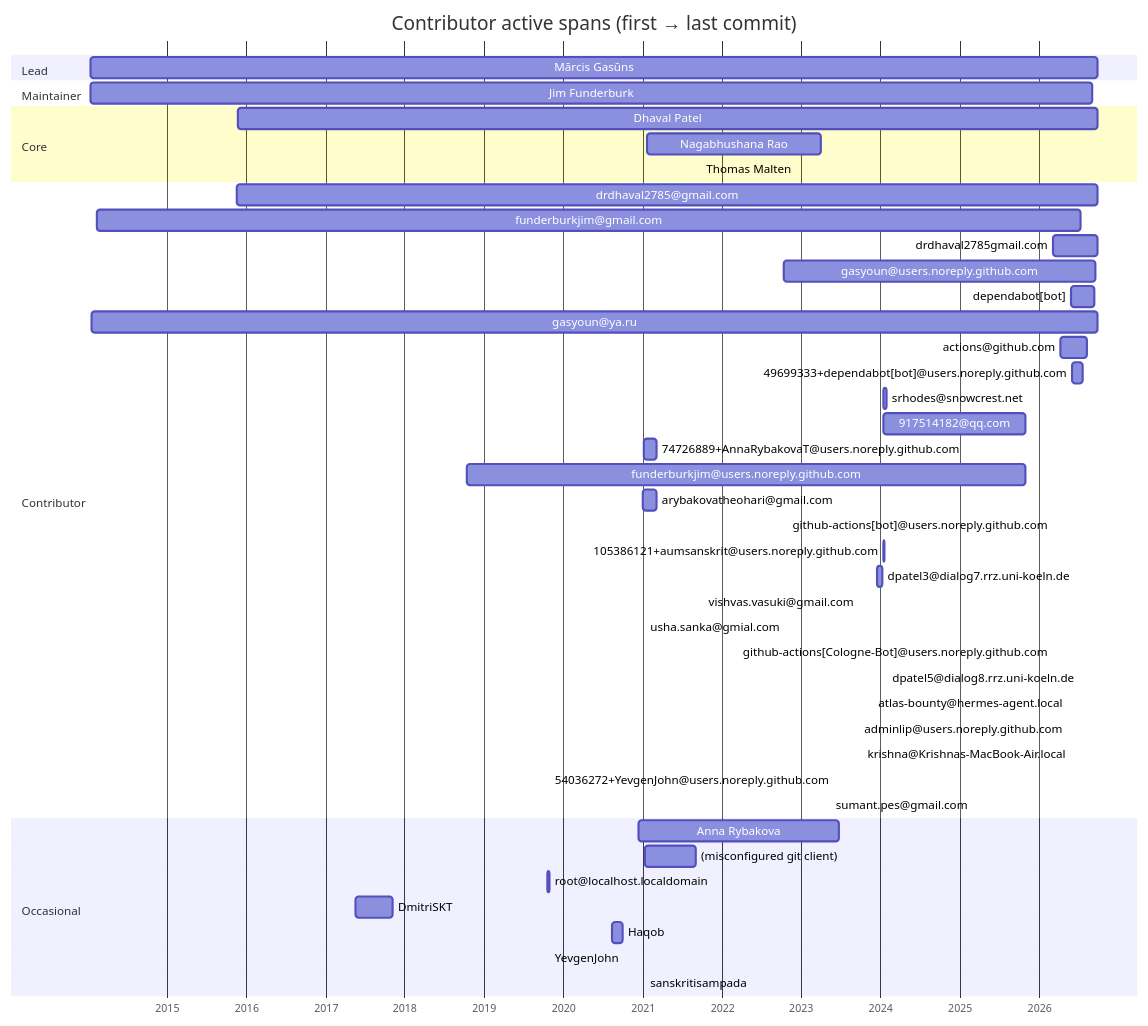
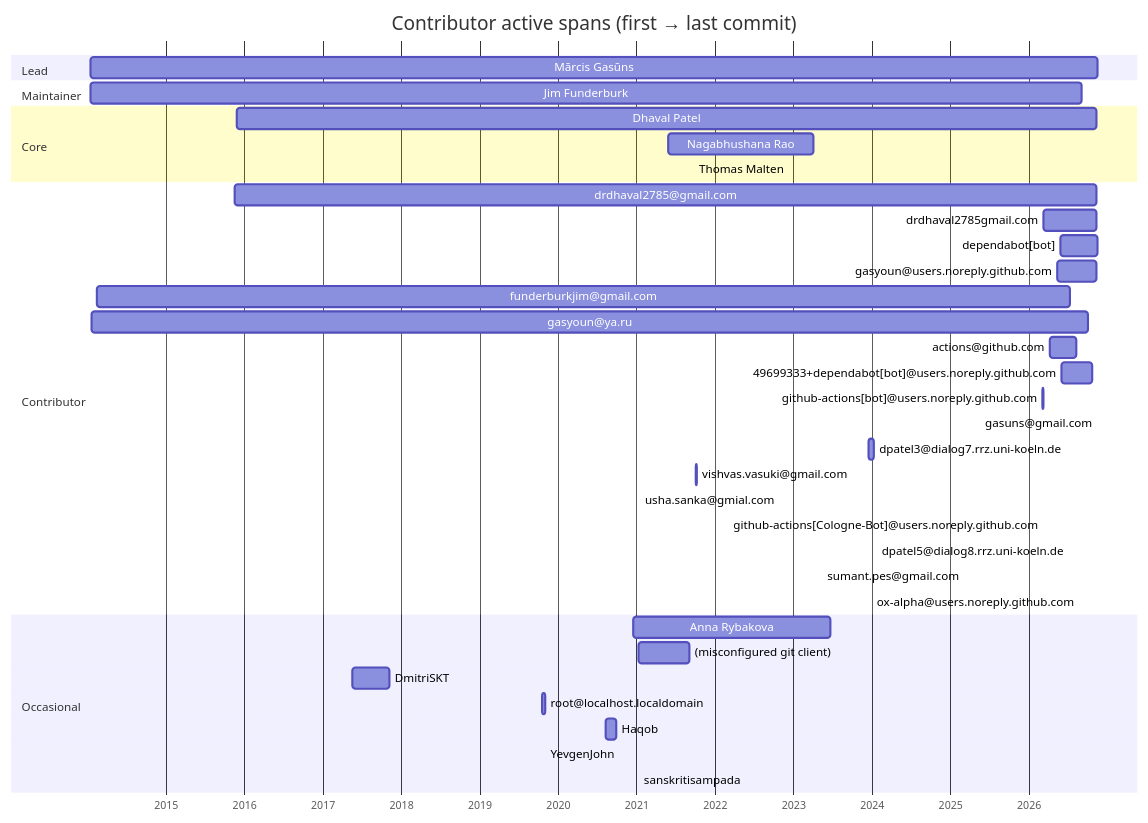
The diagram in reports/timeline.md (sanskrit-lexicon/csl-observatory), drawn with Mermaid before and after one commit. The commit also changed other lines of this file and 18 other files, not shown here.

````diff
--- a/reports/timeline.md
+++ b/reports/timeline.md
@@ -7,48 +7,40 @@
 ```mermaid
 gantt
     title Contributor active spans (first → last commit)
     dateFormat YYYY-MM-DD
     axisFormat %Y
     section Lead
-    Mārcis Gasūns :2014-01-14, 2026-09-28
+    Mārcis Gasūns :2014-01-14, 2026-11-18
     section Maintainer
     Jim Funderburk :2014-01-15, 2026-09-05
     section Core
-    Dhaval Patel :2015-11-24, 2026-09-26
-    Nagabhushana Rao :2021-01-23, 2023-04-03
+    Dhaval Patel :2015-11-24, 2026-11-12
+    Nagabhushana Rao :2021-05-28, 2023-04-03
     Thomas Malten :2021-09-26, 2021-09-26
     section Contributor
-    drdhaval2785@gmail.com :2015-11-19, 2026-09-26
+    drdhaval2785@gmail.com :2015-11-19, 2026-11-12
+    drdhaval2785gmail.com :2026-03-09, 2026-11-15
+    dependabot[bot] :2026-05-29, 2026-11-18
+    gasyoun@users.noreply.github.com :2026-05-15, 2026-11-15
     funderburkjim@gmail.com :2014-02-12, 2026-07-14
-    drdhaval2785gmail.com :2026-03-09, 2026-09-26
-    gasyoun@users.noreply.github.com :2022-10-15, 2026-09-20
-    dependabot[bot] :2026-05-29, 2026-09-14
-    gasyoun@ya.ru :2014-01-21, 2026-09-28
+    gasyoun@ya.ru :2014-01-21, 2026-10-03
     actions@github.com :2026-04-08, 2026-08-09
-    49699333+dependabot[bot]@users.noreply.github.com :2026-06-02, 2026-07-20
-    srhodes@snowcrest.net :2024-01-14, 2024-01-28
-    917514182@qq.com :2024-01-13, 2025-11-01
-    74726889+AnnaRybakovaT@users.noreply.github.com :2021-01-06, 2021-03-06
-    funderburkjim@users.noreply.github.com :2018-10-16, 2025-11-01
-    arybakovatheohari@gmail.com :2021-01-04, 2021-03-06
+    49699333+dependabot[bot]@users.noreply.github.com :2026-06-02, 2026-10-26
     github-actions[bot]@users.noreply.github.com :2026-03-07, 2026-03-09
-    105386121+aumsanskrit@users.noreply.github.com :2024-01-16, 2024-01-20
+    gasuns@gmail.com :2026-11-18, 2026-11-18
     dpatel3@dialog7.rrz.uni-koeln.de :2023-12-15, 2024-01-12
     vishvas.vasuki@gmail.com :2021-10-05, 2021-10-07
     usha.sanka@gmial.com :2021-01-13, 2021-01-13
     github-actions[Cologne-Bot]@users.noreply.github.com :2026-03-09, 2026-03-09
     dpatel5@dialog8.rrz.uni-koeln.de :2026-07-07, 2026-07-07
-    atlas-bounty@hermes-agent.local :2026-05-15, 2026-05-15
-    adminlip@users.noreply.github.com :2026-05-15, 2026-05-15
-    krishna@Krishnas-MacBook-Air.local :2023-10-12, 2023-10-12
-    54036272+YevgenJohn@users.noreply.github.com :2019-10-31, 2019-10-31
     sumant.pes@gmail.com :2023-05-14, 2023-05-14
+    ox-alpha@users.noreply.github.com :2026-08-24, 2026-08-24
     section Occasional
     Anna Rybakova :2020-12-15, 2023-06-25
     (misconfigured git client) :2021-01-09, 2021-09-03
+    DmitriSKT :2017-05-18, 2017-11-05
     root@localhost.localdomain :2019-10-21, 2019-10-31
-    DmitriSKT :2017-05-18, 2017-11-05
     Haqob :2020-08-11, 2020-09-30
     YevgenJohn :2019-10-31, 2019-10-31
     sanskritisampada :2021-01-10, 2021-01-10
 ```
````
